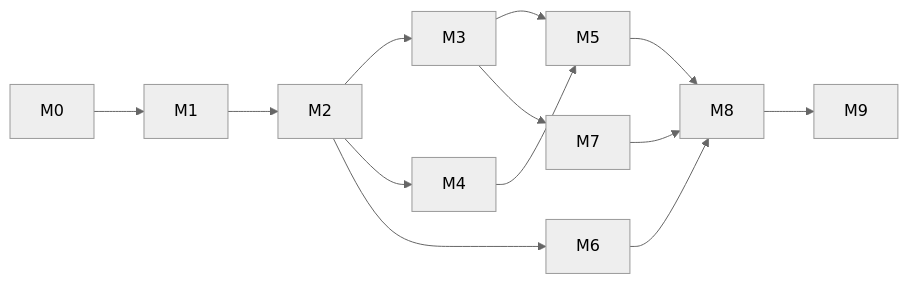
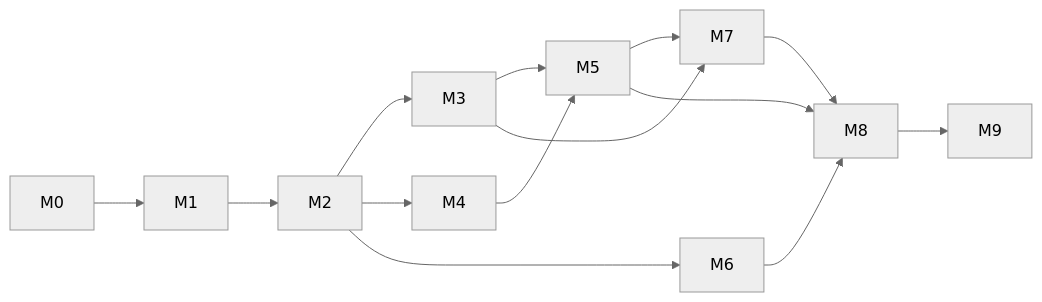
The diagram in docs/roadmap.md (epistemer/genx), drawn with Mermaid (neutral theme) before and after one commit. The commit also changed other lines of this file and 2 other files, not shown here.

First line of the commit message:
M0.5: design review of ADR 0001 and the roadmap

````diff
--- a/docs/roadmap.md
+++ b/docs/roadmap.md
@@ -113,15 +121,16 @@
 ```mermaid
 graph LR
   M0 --> M1
   M1 --> M2
   M2 --> M3
   M2 --> M4
   M2 --> M6
   M3 --> M5
   M4 --> M5
   M3 --> M7
+  M5 --> M7
   M5 --> M8
   M6 --> M8
   M7 --> M8
   M8 --> M9
 ```
````
